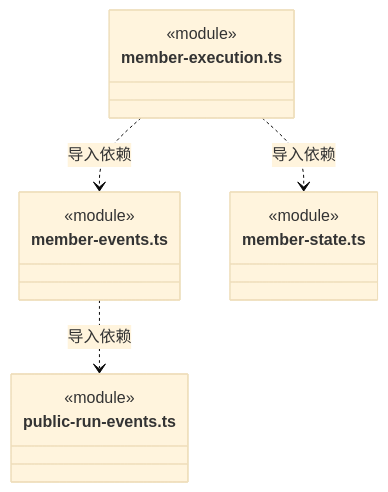
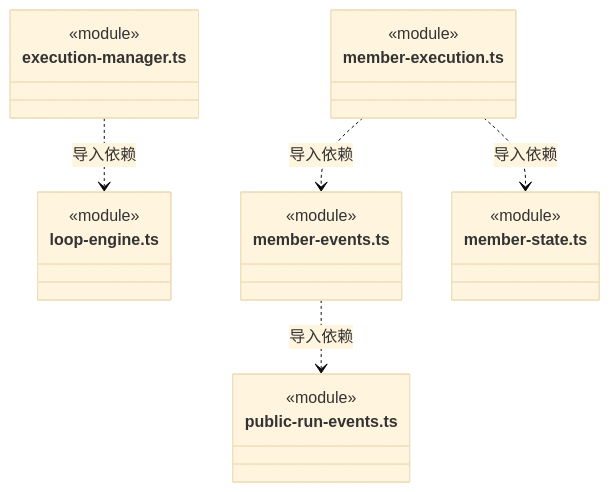
Before and after one commit to nan023062/cbim: diagram 26 of 29 in src/backend/scheduler-engine/execution/ARCHITECTURE.md, drawn with Mermaid (base theme). The commit also changed other lines of this file and 60 other files, not shown here.

````diff
--- a/src/backend/scheduler-engine/execution/ARCHITECTURE.md
+++ b/src/backend/scheduler-engine/execution/ARCHITECTURE.md
@@ -671,18 +711,25 @@
 ```mermaid
 classDiagram
+class N_src_backend_scheduler_engine_execution_execution_manager_ts["execution-manager.ts"] {
+  <<module>>
+}
+class N_src_backend_scheduler_engine_execution_loop_engine_ts["loop-engine.ts"] {
+  <<module>>
+}
 class N_src_backend_scheduler_engine_execution_member_events_ts["member-events.ts"] {
   <<module>>
 }
 class N_src_backend_scheduler_engine_execution_public_run_events_ts["public-run-events.ts"] {
   <<module>>
 }
 class N_src_backend_scheduler_engine_execution_member_execution_ts["member-execution.ts"] {
   <<module>>
 }
 class N_src_backend_scheduler_engine_execution_member_state_ts["member-state.ts"] {
   <<module>>
 }
+N_src_backend_scheduler_engine_execution_execution_manager_ts ..> N_src_backend_scheduler_engine_execution_loop_engine_ts : 导入依赖
 N_src_backend_scheduler_engine_execution_member_events_ts ..> N_src_backend_scheduler_engine_execution_public_run_events_ts : 导入依赖
 N_src_backend_scheduler_engine_execution_member_execution_ts ..> N_src_backend_scheduler_engine_execution_member_state_ts : 导入依赖
 N_src_backend_scheduler_engine_execution_member_execution_ts ..> N_src_backend_scheduler_engine_execution_member_events_ts : 导入依赖
 ```
````
